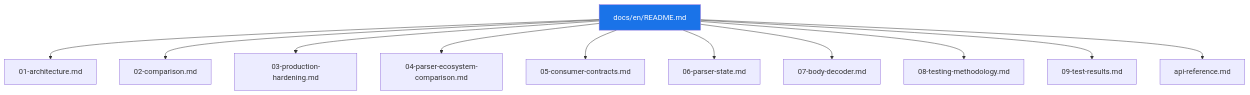
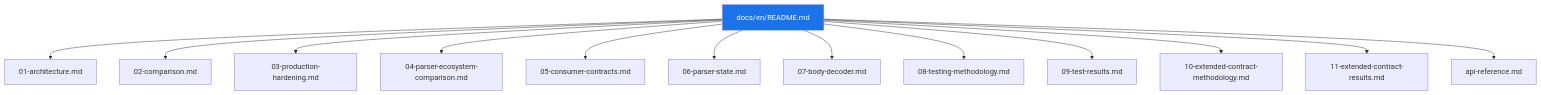
Before and after one commit to ioplane/iohttpparser: the diagram in docs/en/README.md, drawn with Mermaid. The commit also changed other lines of this file and 12 other files, not shown here.

Commit message:
docs: add extended contract methodology and results

````diff
--- a/docs/en/README.md
+++ b/docs/en/README.md
@@ -13,28 +13,32 @@
 ```mermaid
 graph TD
     IDX["docs/en/README.md"]
 
     A1["01-architecture.md"]
     A2["02-comparison.md"]
     A3["03-production-hardening.md"]
     A4["04-parser-ecosystem-comparison.md"]
     A5["05-consumer-contracts.md"]
     A6["06-parser-state.md"]
     A7["07-body-decoder.md"]
     A8["08-testing-methodology.md"]
     A9["09-test-results.md"]
+    A10["10-extended-contract-methodology.md"]
+    A11["11-extended-contract-results.md"]
     API["api-reference.md"]
 
     IDX --> A1
     IDX --> A2
     IDX --> A3
     IDX --> A4
     IDX --> A5
     IDX --> A6
     IDX --> A7
     IDX --> A8
     IDX --> A9
+    IDX --> A10
+    IDX --> A11
     IDX --> API
 
     style IDX fill:#1a73e8,color:#fff
 ```
````
